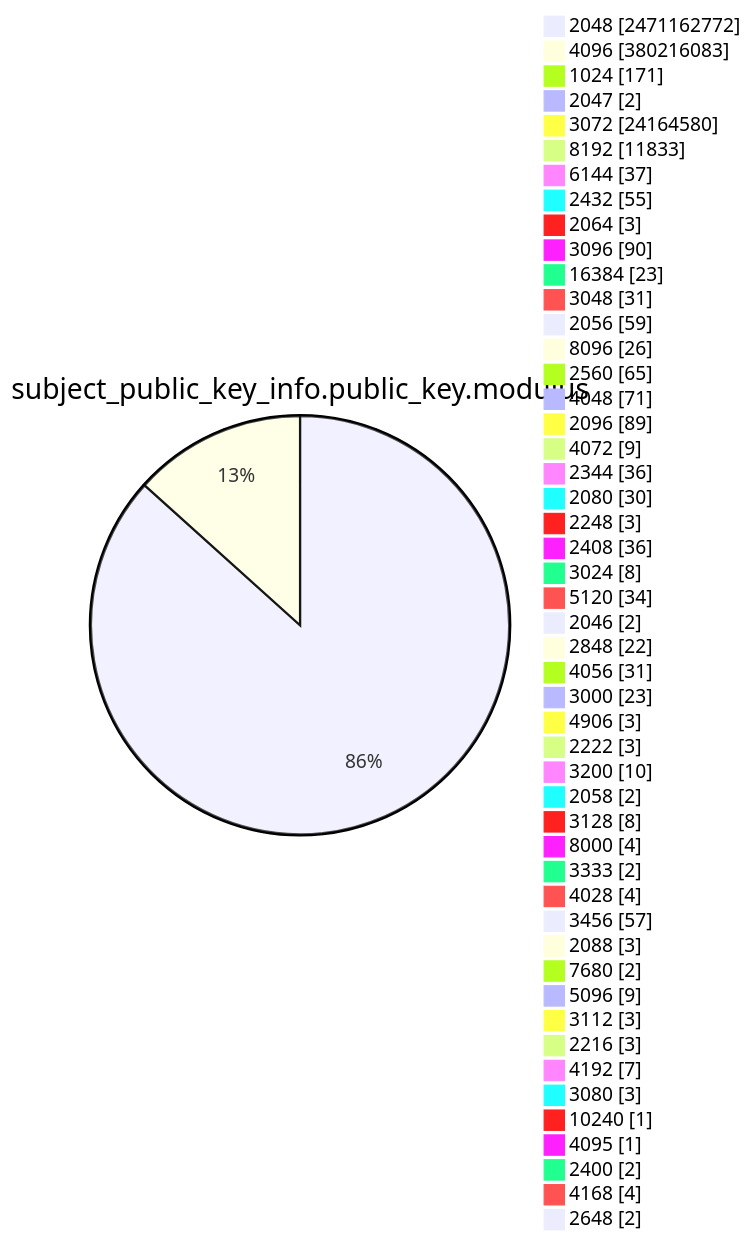
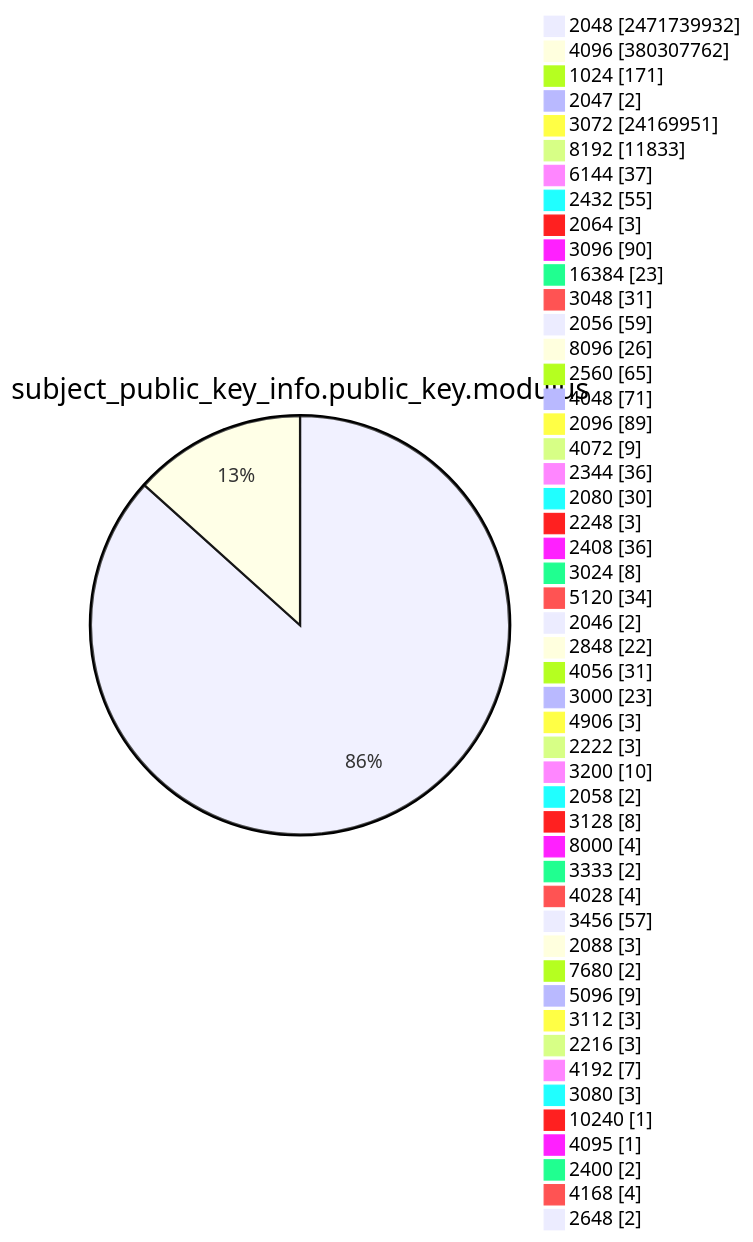
Diagram 13 of 15 in TOTAL/README.md (christiankrug/ctmonitor_visualization), drawn with Mermaid before and after one commit. The commit also changed other lines of this file, not shown here.

````diff
--- a/TOTAL/README.md
+++ b/TOTAL/README.md
@@ -4168,53 +4168,53 @@
 ```mermaid
 pie showData
 title subject_public_key_info.public_key.modulus
-"2048" :2471162772
-"4096" :380216083
+"2048" :2471739932
+"4096" :380307762
 "1024" :171
 "2047" :2
-"3072" :24164580
+"3072" :24169951
 "8192" :11833
 "6144" :37
 "2432" :55
 "2064" :3
 "3096" :90
 "16384" :23
 "3048" :31
 "2056" :59
 "8096" :26
 "2560" :65
 "4048" :71
 "2096" :89
 "4072" :9
 "2344" :36
 "2080" :30
 "2248" :3
 "2408" :36
 "3024" :8
 "5120" :34
 "2046" :2
 "2848" :22
 "4056" :31
 "3000" :23
 "4906" :3
 "2222" :3
 "3200" :10
 "2058" :2
 "3128" :8
 "8000" :4
 "3333" :2
 "4028" :4
 "3456" :57
 "2088" :3
 "7680" :2
 "5096" :9
 "3112" :3
 "2216" :3
 "4192" :7
 "3080" :3
 "10240" :1
 "4095" :1
 "2400" :2
 "4168" :4
 "2648" :2
 ```
````
